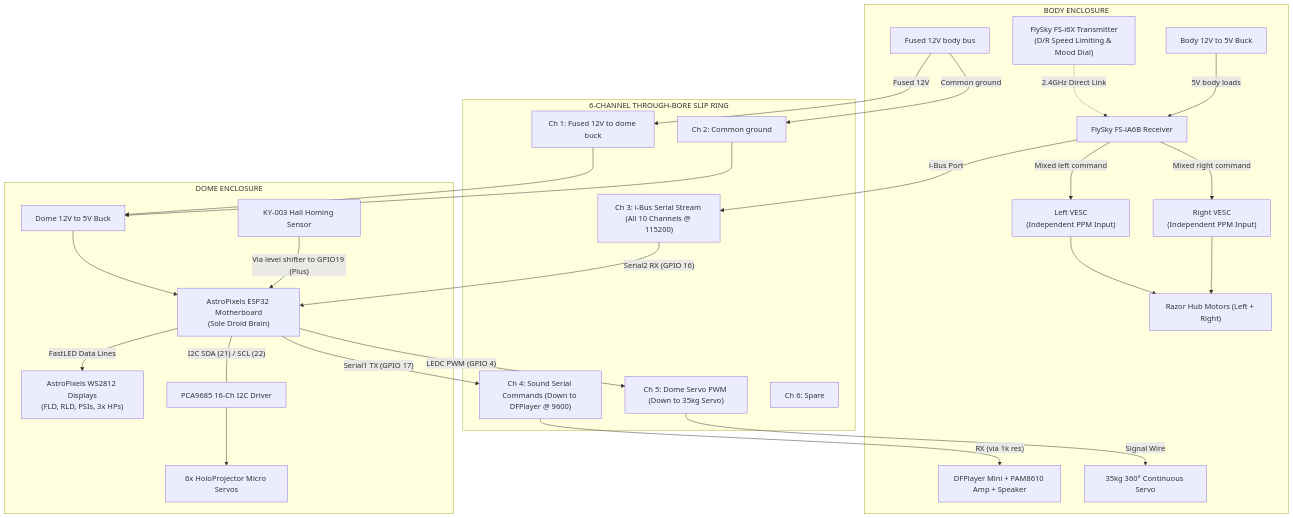
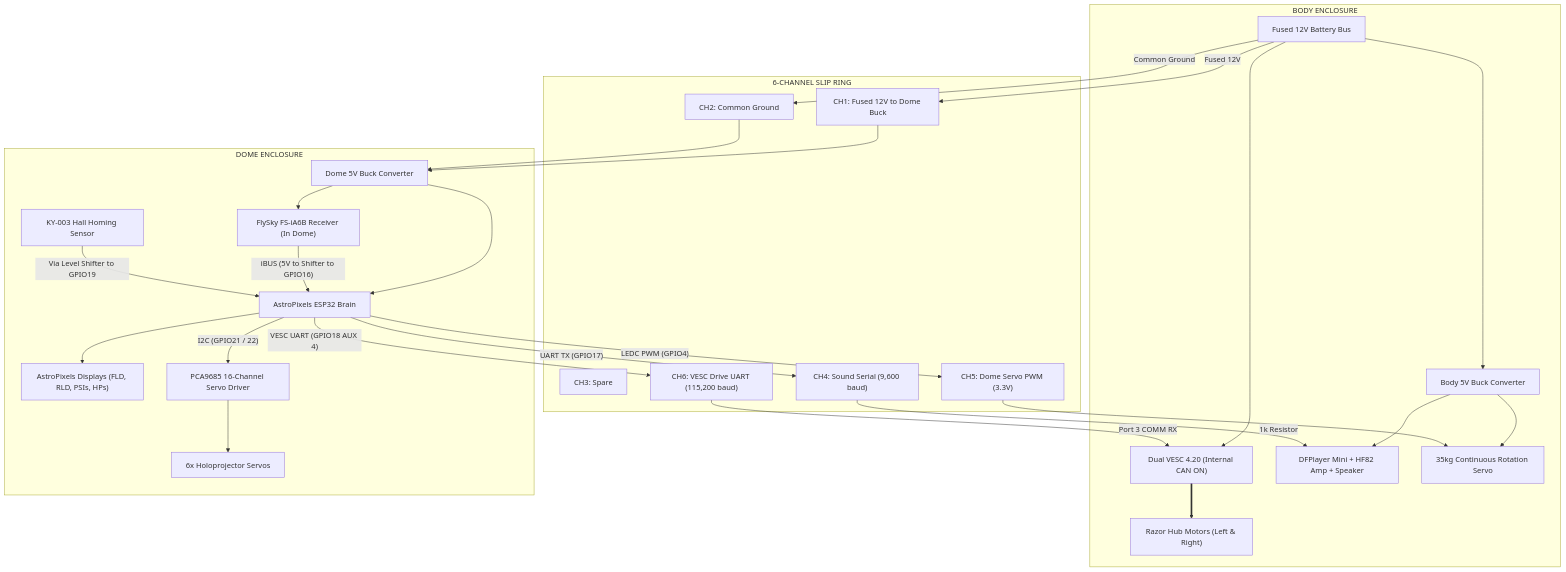
One commit to mmcgeary/HDR2D2 changed the diagram in ESP32_DOME_BRAIN_GUIDE.md. Above: the diagram before and after it, drawn with Mermaid. The commit also changed other lines of this file and 11 other files, not shown here.

First line of the commit message:
Migrate receiver to dome and drive dual VESC via ESP32 UART over CAN

````diff
--- a/ESP32_DOME_BRAIN_GUIDE.md
+++ b/ESP32_DOME_BRAIN_GUIDE.md
@@ -12,50 +14,46 @@
 ```mermaid
 flowchart TB
     subgraph BODY [BODY ENCLOSURE]
-        TX["FlySky FS-i6X Transmitter<br/>(D/R Speed Limiting & Mood Dial)"]
-        RX["FlySky FS-iA6B Receiver"]
-        BATTERY["Fused 12V body bus"]
-        VESC_L["Left VESC<br/>(Independent PPM Input)"]
-        VESC_R["Right VESC<br/>(Independent PPM Input)"]
-        BODY_BUCK["Body 12V to 5V Buck"]
-        MOTORS["Razor Hub Motors (Left + Right)"]
-        DFPLAYER["DFPlayer Mini + PAM8610 Amp + Speaker"]
-        DOME_SERVO["35kg 360° Continuous Servo"]
+        BATTERY["Fused 12V Battery Bus"]
+        VESC["Dual VESC 4.20 (Internal CAN ON)"]
+        BODY_BUCK["Body 5V Buck Converter"]
+        MOTORS["Razor Hub Motors (Left & Right)"]
+        DFPLAYER["DFPlayer Mini + HF82 Amp + Speaker"]
+        DOME_SERVO["35kg Continuous Rotation Servo"]
 
-        TX -.->|"2.4GHz Direct Link"| RX
-        RX -->|"Mixed left command"| VESC_L --> MOTORS
-        RX -->|"Mixed right command"| VESC_R --> MOTORS
-        BODY_BUCK -->|"5V body loads"| RX
+        BATTERY --> VESC ==> MOTORS
+        BATTERY --> BODY_BUCK --> DFPLAYER
+        BODY_BUCK --> DOME_SERVO
     end
 
-    subgraph SLIPRING [6-CHANNEL THROUGH-BORE SLIP RING]
-        CH1["Ch 1: Fused 12V to dome buck"]
-        CH2["Ch 2: Common ground"]
-        CH3["Ch 3: i-Bus Serial Stream (All 10 Channels @ 115200)"]
-        CH4["Ch 4: Sound Serial Commands (Down to DFPlayer @ 9600)"]
-        CH5["Ch 5: Dome Servo PWM (Down to 35kg Servo)"]
-        CH6["Ch 6: Spare"]
+    subgraph RING [6-CHANNEL SLIP RING]
+        CH1["CH1: Fused 12V to Dome Buck"]
+        CH2["CH2: Common Ground"]
+        CH3["CH3: Spare"]
+        CH4["CH4: Sound Serial (9,600 baud)"]
+        CH5["CH5: Dome Servo PWM (3.3V)"]
+        CH6["CH6: VESC Drive UART (115,200 baud)"]
     end
 
     subgraph DOME [DOME ENCLOSURE]
-        ESP32["AstroPixels ESP32 Motherboard<br/>(Sole Droid Brain)"]
-        LIGHTS["AstroPixels WS2812 Displays<br/>(FLD, RLD, PSIs, 3x HPs)"]
-        PCA["PCA9685 16-Ch I2C Driver"]
-        SERVOS["6x HoloProjector Micro Servos"]
+        RX["FlySky FS-iA6B Receiver (In Dome)"]
+        ESP32["AstroPixels ESP32 Brain"]
+        LIGHTS["AstroPixels Displays (FLD, RLD, PSIs, HPs)"]
+        PCA["PCA9685 16-Channel Servo Driver"]
+        SERVOS["6x Holoprojector Servos"]
         HALL["KY-003 Hall Homing Sensor"]
-        DOME_BUCK["Dome 12V to 5V Buck"]
-        BATTERY -->|"Fused 12V"| CH1
-        BATTERY -->|"Common ground"| CH2
-        CH1 --> DOME_BUCK
-        CH2 --> DOME_BUCK
-        DOME_BUCK --> ESP32
+        DOME_BUCK["Dome 5V Buck Converter"]
 
-        RX -->|"i-Bus Port"| CH3 -->|"Serial2 RX (GPIO 16)"| ESP32
-        ESP32 -->|"Serial1 TX (GPIO 17)"| CH4 -->|"RX (via 1k res)"| DFPLAYER
-        ESP32 -->|"LEDC PWM (GPIO 4)"| CH5 -->|"Signal Wire"| DOME_SERVO
+        BATTERY -->|"Fused 12V"| CH1 --> DOME_BUCK --> ESP32
+        DOME_BUCK --> RX
+        BATTERY -->|"Common Ground"| CH2 --> DOME_BUCK
 
-        ESP32 -->|"FastLED Data Lines"| LIGHTS
-        ESP32 ---|"I2C SDA (21) / SCL (22)"| PCA --> SERVOS
-        HALL -->|"Via level shifter to GPIO19 (Plus)"| ESP32
+        RX -->|"iBUS (5V to Shifter to GPIO16)"| ESP32
+        ESP32 -->|"UART TX (GPIO17)"| CH4 -->|"1k Resistor"| DFPLAYER
+        ESP32 -->|"LEDC PWM (GPIO4)"| CH5 --> DOME_SERVO
+        ESP32 -->|"VESC UART (GPIO18 AUX 4)"| CH6 -->|"Port 3 COMM RX"| VESC
+        ESP32 --> LIGHTS
+        ESP32 -->|"I2C (GPIO21 / 22)"| PCA --> SERVOS
+        HALL -->|"Via Level Shifter to GPIO19"| ESP32
     end
 ```
````
